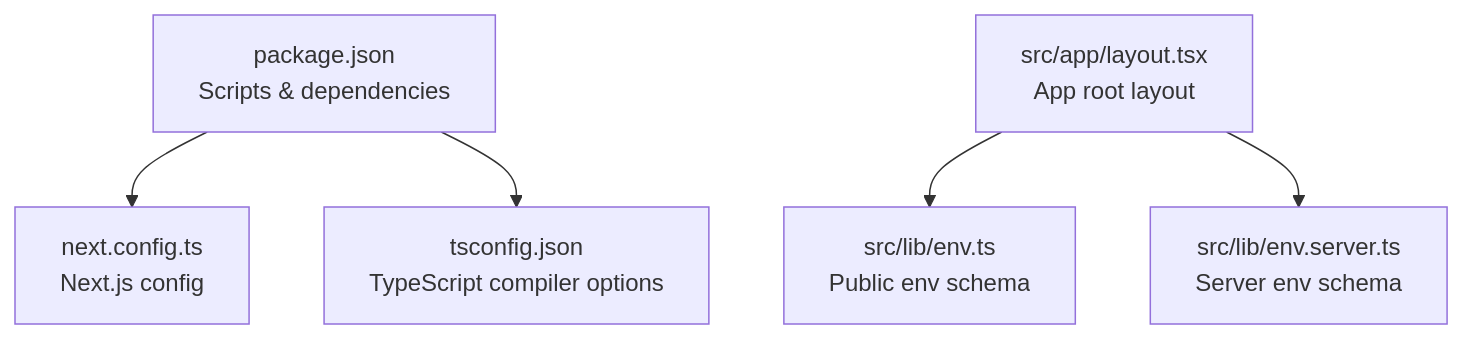
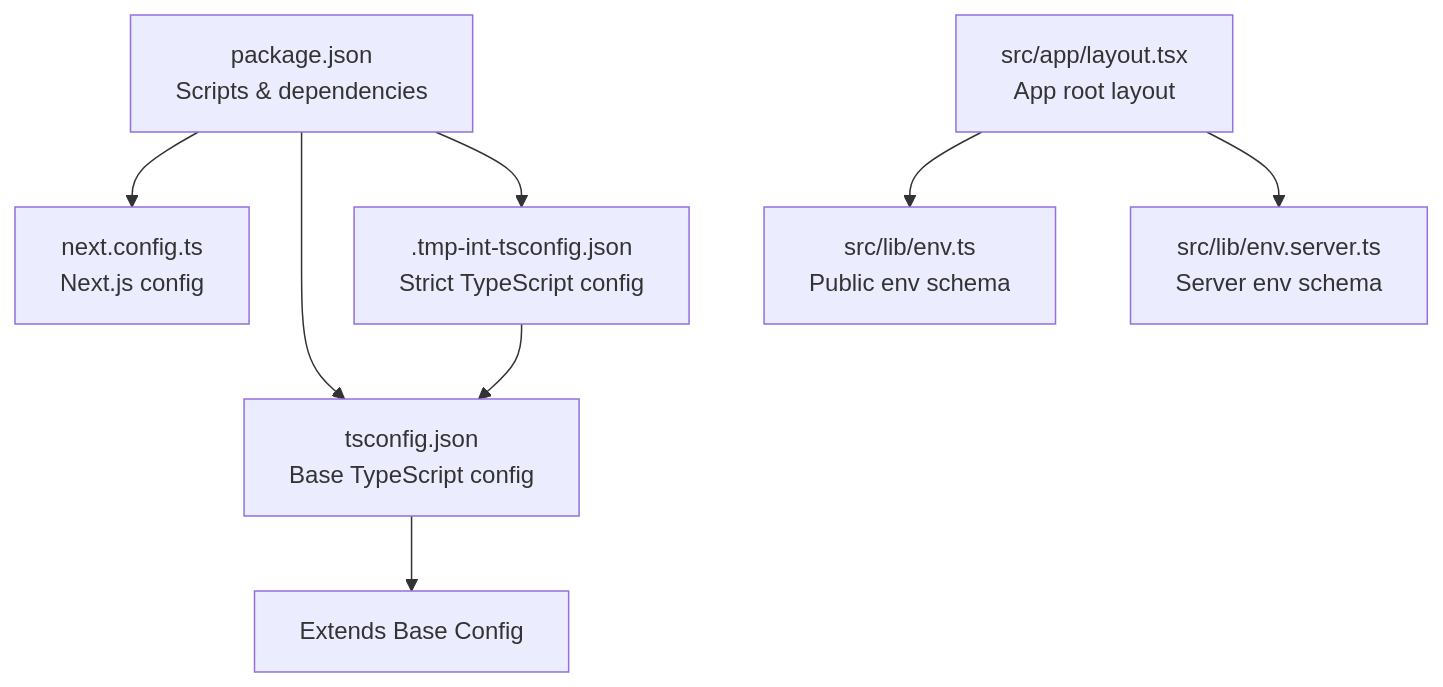
One commit to AmeliaDi/ProyectoENESZooMatch changed the first of 5 diagrams in .qoder/repowiki/en/content/Build & Deployment.md. Above: the diagram before and after it, drawn with Mermaid. The commit also changed other lines of this file and 50 other files, not shown here.

````diff
--- a/.qoder/repowiki/en/content/Build & Deployment.md
+++ b/.qoder/repowiki/en/content/Build & Deployment.md
@@ -34,7 +41,10 @@
 ```mermaid
 graph TB
 A["package.json<br/>Scripts & dependencies"] --> B["next.config.ts<br/>Next.js config"]
-A --> C["tsconfig.json<br/>TypeScript compiler options"]
-D["src/app/layout.tsx<br/>App root layout"] --> E["src/lib/env.ts<br/>Public env schema"]
-D --> F["src/lib/env.server.ts<br/>Server env schema"]
+A --> C["tsconfig.json<br/>Base TypeScript config"]
+A --> D[".tmp-int-tsconfig.json<br/>Strict TypeScript config"]
+E["src/app/layout.tsx<br/>App root layout"] --> F["src/lib/env.ts<br/>Public env schema"]
+E --> G["src/lib/env.server.ts<br/>Server env schema"]
+C --> H["Extends Base Config"]
+D --> C
 ```
````
